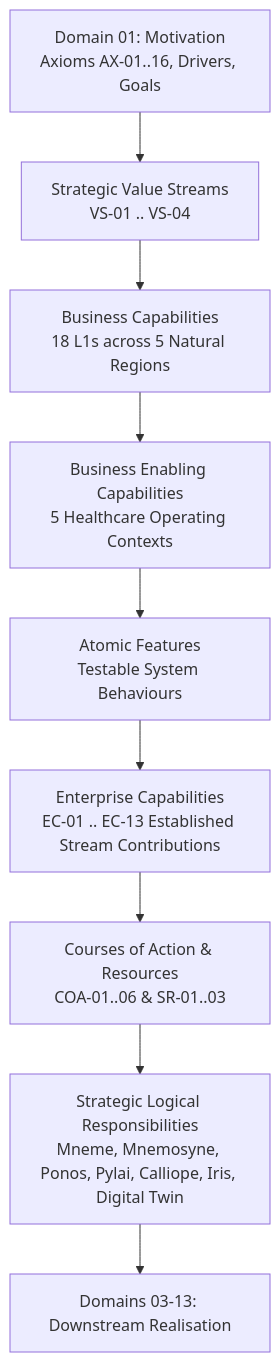
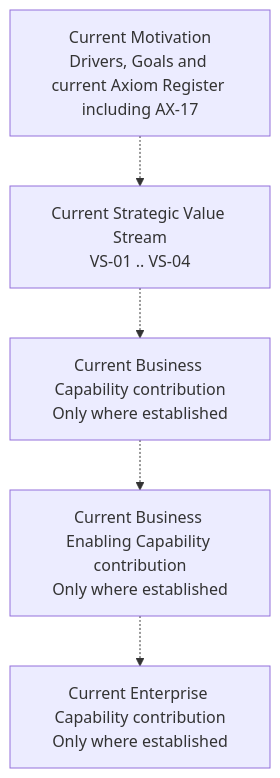
The fifth of 5 diagrams in docs/markdown/02-strategy/strategic-views/strategic-value-streams.md (fhirfactory/harmonia), drawn with Mermaid before and after one commit. The commit also changed other lines of this file and 20 other files, not shown here.

````diff
--- a/docs/markdown/02-strategy/strategic-views/strategic-value-streams.md
+++ b/docs/markdown/02-strategy/strategic-views/strategic-value-streams.md
@@ -288,11 +306,7 @@
 ```mermaid
 graph TD
-    MOT["Domain 01: Motivation<br/>Axioms AX-01..16, Drivers, Goals"] --> VS["Strategic Value Streams<br/>VS-01 .. VS-04"]
-    VS --> BC["Business Capabilities<br/>18 L1s across 5 Natural Regions"]
-    BC --> BEC["Business Enabling Capabilities<br/>5 Healthcare Operating Contexts"]
-    BEC --> FEAT["Atomic Features<br/>Testable System Behaviours"]
-    FEAT --> EC["Enterprise Capabilities<br/>EC-01 .. EC-13 Established Stream Contributions"]
-    EC --> COA["Courses of Action & Resources<br/>COA-01..06 & SR-01..03"]
-    COA --> COMP["Strategic Logical Responsibilities<br/>Mneme, Mnemosyne, Ponos, Pylai, Calliope, Iris, Digital Twin"]
-    COMP --> REAL["Domains 03-13: Downstream Realisation"]
+    MOT["Current Motivation<br/>Drivers, Goals and current Axiom Register including AX-17"] -.-> VS["Current Strategic Value Stream<br/>VS-01 .. VS-04"]
+    VS -.-> BC["Current Business Capability contribution<br/>Only where established"]
+    BC -.-> BEC["Current Business Enabling Capability contribution<br/>Only where established"]
+    BEC -.-> EC["Current Enterprise Capability contribution<br/>Only where established"]
 ```
````
